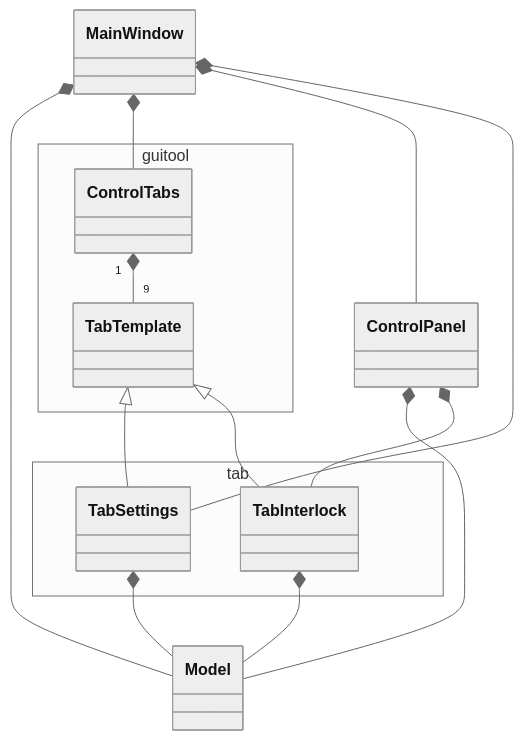
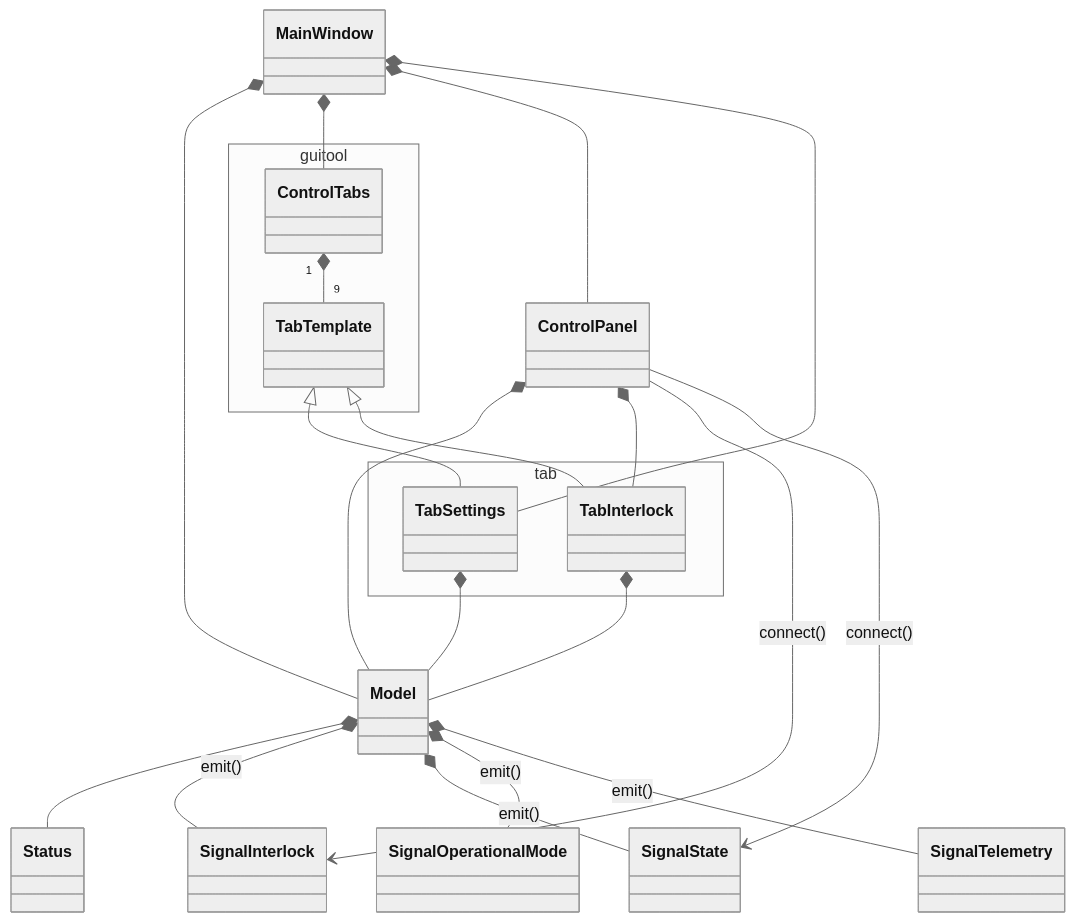
Before and after one commit to lsst-ts/ts_mtdomegui: the diagram in doc/uml/class_mtdomegui.mmd, drawn with Mermaid (neutral theme). The commit also changed 11 other files, not shown here.

```diff
--- a/doc/uml/class_mtdomegui.mmd
+++ b/doc/uml/class_mtdomegui.mmd
@@ -1,27 +1,35 @@
 classDiagram
 
 namespace guitool {
   class ControlTabs
   class TabTemplate
 }
 
 namespace tab {
   class TabSettings
   class TabInterlock
 }
 
 TabTemplate <|-- TabSettings
 TabTemplate <|-- TabInterlock
 
 MainWindow *-- Model
 MainWindow *-- ControlTabs
 MainWindow *-- ControlPanel
 MainWindow *-- TabSettings
 
+Model *-- Status
+Model *-- SignalInterlock : emit()
+Model *-- SignalState : emit()
+Model *-- SignalOperationalMode : emit()
+Model *-- SignalTelemetry : emit()
+
 ControlPanel *-- Model
 ControlPanel *-- TabInterlock
+ControlPanel --> SignalInterlock : connect()
+ControlPanel --> SignalState : connect()
 
 TabSettings *-- Model
 TabInterlock *-- Model
 
 ControlTabs "1" *-- "9" TabTemplate
```
